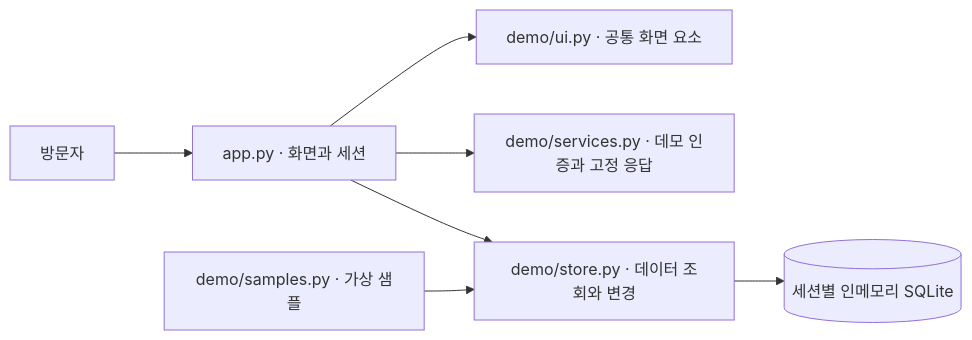
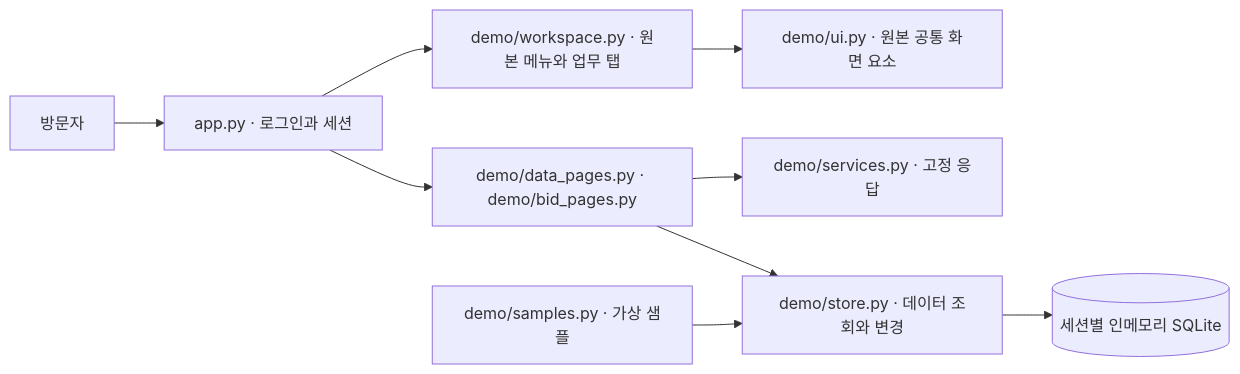
One commit to inhaaa/PriceSystem-demo changed the diagram in README.md. Above: the diagram before and after it, drawn with Mermaid. The commit also changed other lines of this file and 34 other files, not shown here.

Commit message:
fix: preserve original workspace and module layouts in demo

````diff
--- a/README.md
+++ b/README.md
@@ -73,9 +81,11 @@
 ```mermaid
 flowchart LR
-    Visitor[방문자] --> App[app.py · 화면과 세션]
-    App --> UI[demo/ui.py · 공통 화면 요소]
-    App --> Services[demo/services.py · 데모 인증과 고정 응답]
-    App --> Store[demo/store.py · 데이터 조회와 변경]
+    Visitor[방문자] --> App[app.py · 로그인과 세션]
+    App --> Workspace[demo/workspace.py · 원본 메뉴와 업무 탭]
+    Workspace --> UI[demo/ui.py · 원본 공통 화면 요소]
+    App --> Pages[demo/data_pages.py · demo/bid_pages.py]
+    Pages --> Services[demo/services.py · 고정 응답]
+    Pages --> Store[demo/store.py · 데이터 조회와 변경]
     Samples[demo/samples.py · 가상 샘플] --> Store
     Store --> DB[(세션별 인메모리 SQLite)]
 ```
````
